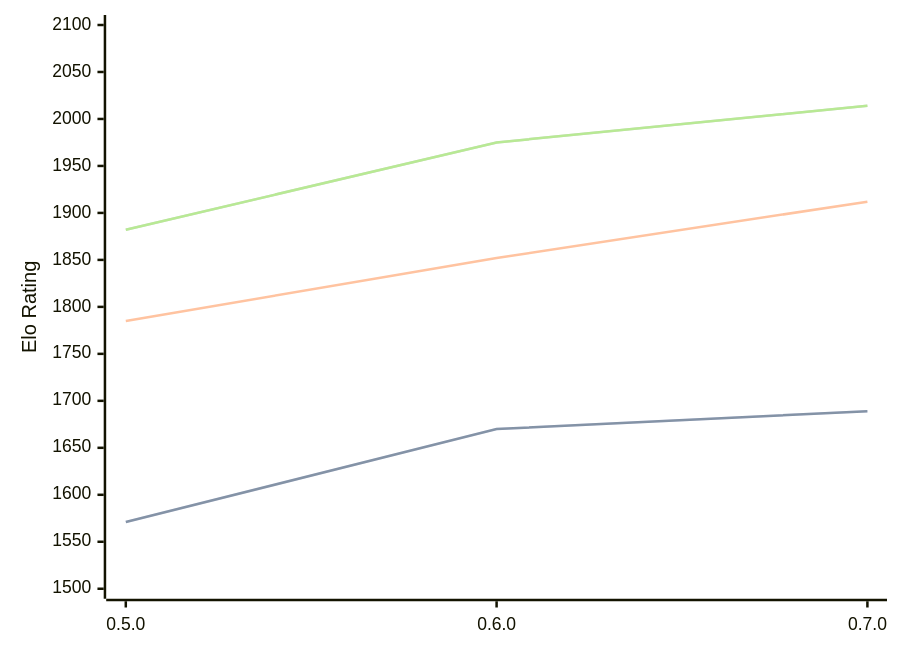
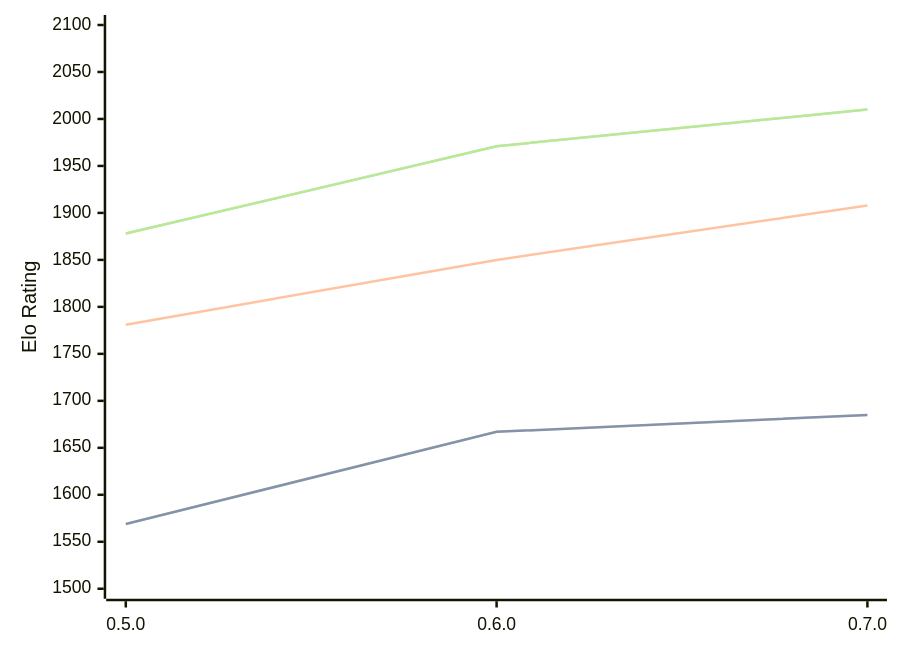
One commit to computer-chess-index/cci changed the third of 3 diagrams in engines/Chess-rs.md. Above: the diagram before and after it, drawn with Mermaid. The commit also changed other lines of this file, not shown here.

Commit message:
Update CCI Ratings (ELO VLTC) - 2026-07-16

````diff
--- a/engines/Chess-rs.md
+++ b/engines/Chess-rs.md
@@ -74,11 +74,11 @@
 ```mermaid
 %%{init: {"theme":"base","themeVariables":{"seriesColors:['#a3a3a3','#222221','#faa371']}}}%%
 xychart-beta
   x-axis ["0.5.0", "0.6.0", "0.7.0"]
   y-axis "Elo Rating" 1500 --> 2100
-  line "STC (8.0+0.08s)" [1571, 1670, 1689]
-  line "STC (8.0+0.08s)" [1571, 1670, 1689]
-  line "LTC (60.0+0.60s)" [1785, 1852, 1912]
-  line "VLTC (2m24s+1.12s)" [1882, 1975, 2014]
-  line "VLTC (2m24s+1.12s)" [1882, 1975, 2014]
+  line "STC (8.0+0.08s)" [1569, 1667, 1685]
+  line "STC (8.0+0.08s)" [1569, 1667, 1685]
+  line "LTC (60.0+0.60s)" [1781, 1850, 1908]
+  line "VLTC (2m24s+1.12s)" [1878, 1971, 2010]
+  line "VLTC (2m24s+1.12s)" [1878, 1971, 2010]
 ```
````
